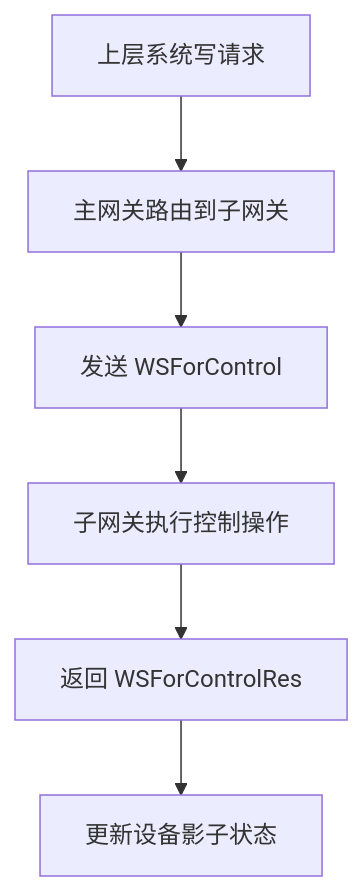
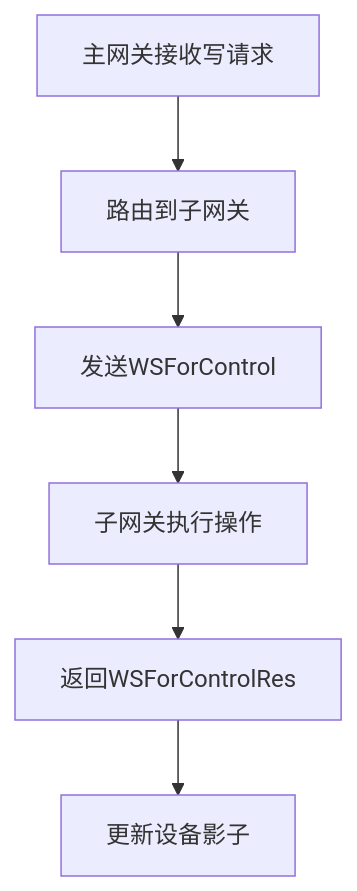
The seventh of 11 diagrams in pages/src/content/docs/exports/gateway.mdx (ibuilding-X/driver-box), drawn with Mermaid before and after one commit. The commit also changed other lines of this file and 6 other files, not shown here.

````diff
--- a/pages/src/content/docs/exports/gateway.mdx
+++ b/pages/src/content/docs/exports/gateway.mdx
@@ -146,8 +229,8 @@
 ```mermaid
 graph TD
-    A[上层系统写请求] --> B[主网关路由到子网关]
-    B --> C[发送 WSForControl]
-    C --> D[子网关执行控制操作]
-    D --> E[返回 WSForControlRes]
-    E --> F[更新设备影子状态]
+    A[主网关接收写请求] --> B[路由到子网关]
+    B --> C[发送WSForControl]
+    C --> D[子网关执行操作]
+    D --> E[返回WSForControlRes]
+    E --> F[更新设备影子]
 ```
````
